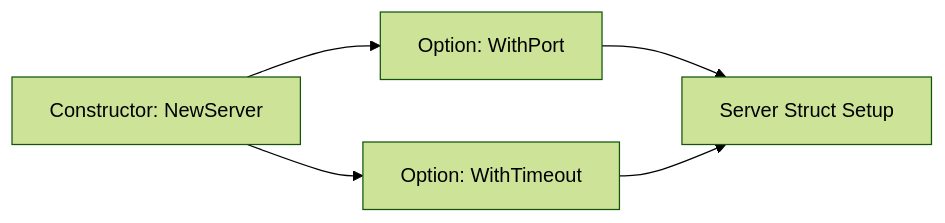
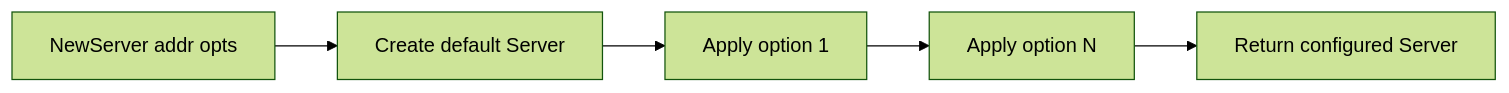
The diagram in RAK-04-core-mechanics/SR-02-architecture-patterns/BK-01-middleware-decorators/CH-01_FunctionalOptions/README.md (syahputrawork98-sketch/Golang-Knowledge-Base), drawn with Mermaid (forest theme) before and after one commit. The commit also changed other lines of this file and 19 other files, not shown here.

Commit message:
add : SR-02-architecture-patterns

````diff
--- a/RAK-04-core-mechanics/SR-02-architecture-patterns/BK-01-middleware-decorators/CH-01_FunctionalOptions/README.md
+++ b/RAK-04-core-mechanics/SR-02-architecture-patterns/BK-01-middleware-decorators/CH-01_FunctionalOptions/README.md
@@ -24,7 +33,7 @@
 ```mermaid
 graph LR
-    C[Constructor: NewServer] --> O1[Option: WithPort]
-    C --> O2[Option: WithTimeout]
-    O1 --> S[Server Struct Setup]
-    O2 --> S
+    C[NewServer addr opts] --> D[Create default Server]
+    D --> O1[Apply option 1]
+    O1 --> O2[Apply option N]
+    O2 --> R[Return configured Server]
 ```
````
